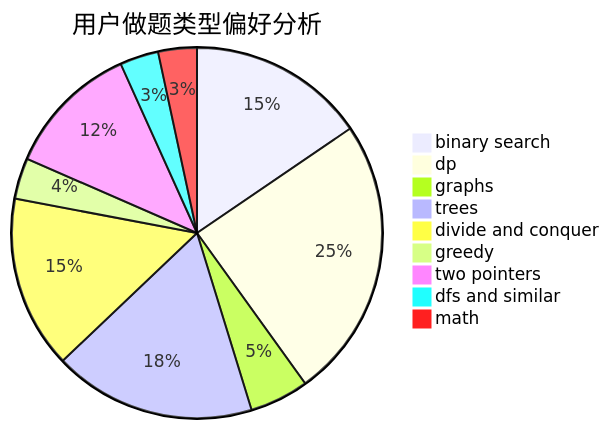
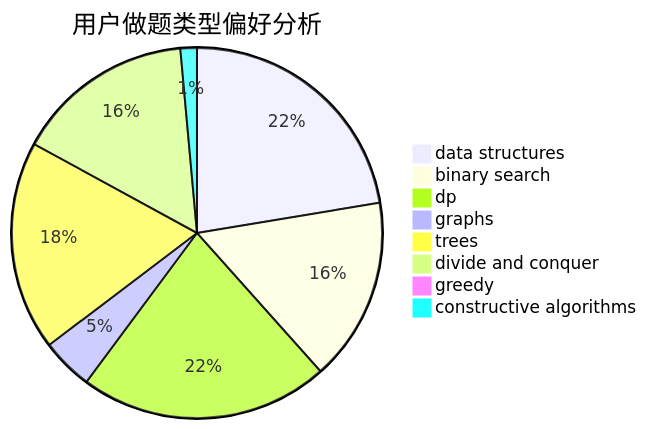
The second of 3 diagrams in docs/user/u2370.md (sherpahu/cfrs.github.io), drawn with Mermaid before and after one commit. The commit also changed other lines of this file and 2775 other files, not shown here.

````diff
--- a/docs/user/u2370.md
+++ b/docs/user/u2370.md
@@ -23,12 +23,11 @@
 ```mermaid
 pie title 用户做题类型偏好分析
+    "data structures" :  109
     "binary search" :  78
-    "dp" :  124
-    "graphs" :  26
+    "dp" :  106
+    "graphs" :  22
     "trees" :  89
     "divide and conquer" :  76
-    "greedy" :  18
-    "two pointers" :  59
-    "dfs and similar" :  17
-    "math" :  17
+    "greedy" :  1
+    "constructive algorithms" :  7
 ```
````
